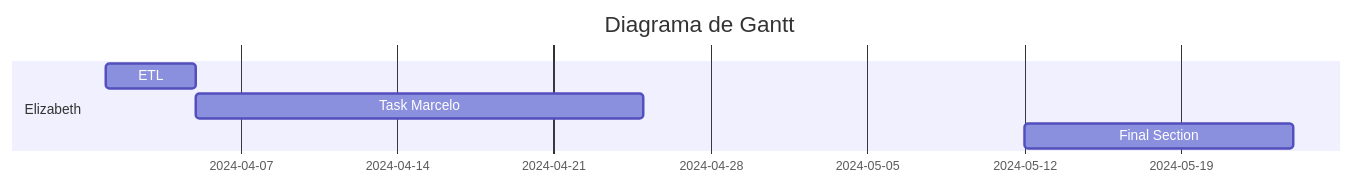
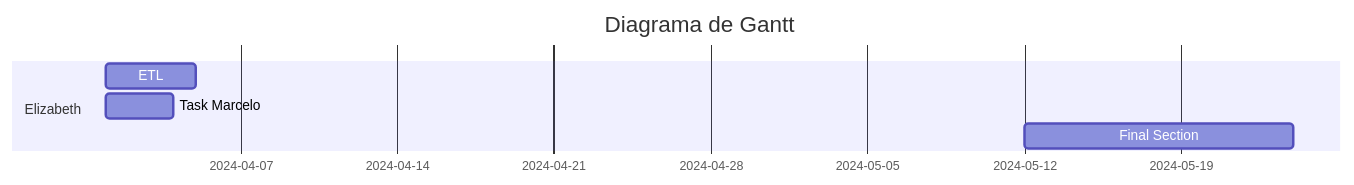
The diagram in README.md (Beth-94/testmermaid), drawn with Mermaid before and after one commit.

````diff
--- a/README.md
+++ b/README.md
@@ -8,11 +8,11 @@
 ```mermaid
 gantt
     title Diagrama de Gantt 
 
     section Elizabeth
      ETL           :a1, 2024-04-01, 4d
-    Task Marcelo           :after a1  , 20d
+    Task Marcelo    :2024-04-01, 3d
     Final Section    : 2024-05-12  , 12d
 
 
 ```
````
